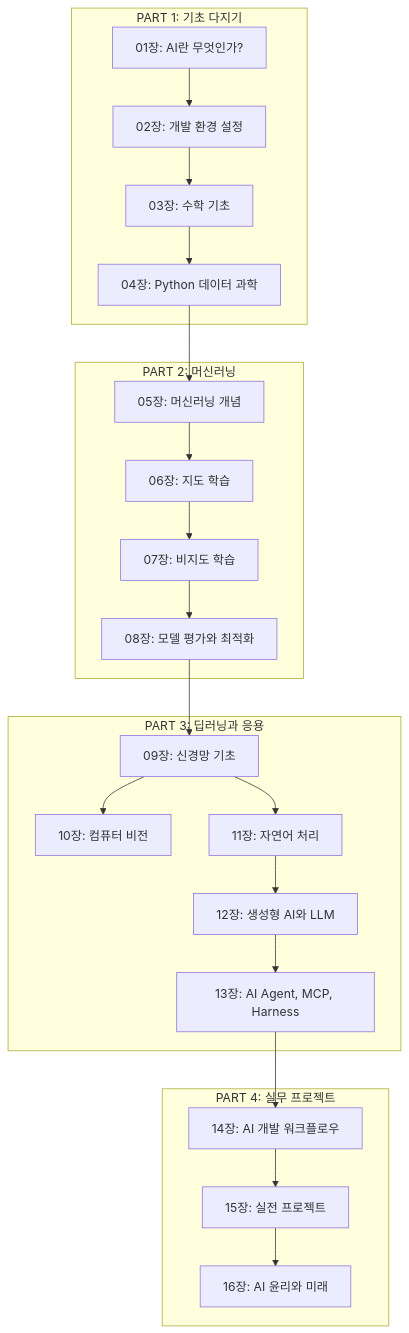
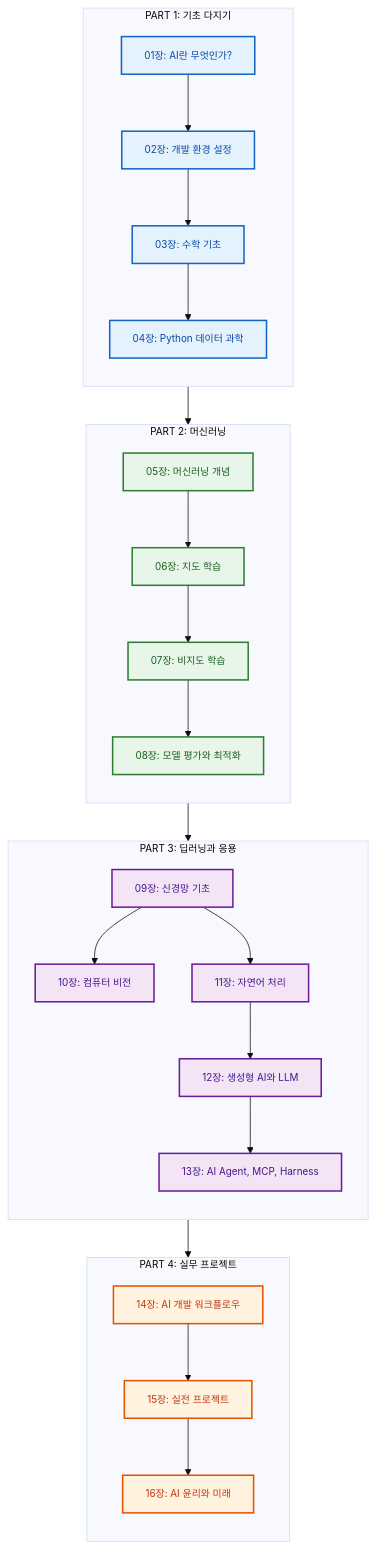
One commit to jingu279/Document changed the second of 19 diagrams in ai-programming/README.md. Above: the diagram before and after it, drawn with Mermaid. The commit also changed other lines of this file, not shown here.

First line of the commit message:
README Mermaid 다이어그램 스타일링 개선

````diff
--- a/ai-programming/README.md
+++ b/ai-programming/README.md
@@ -47,36 +55,50 @@
 ```mermaid
+%%{init: {'theme': 'base', 'themeVariables': {'fontSize': '13px'}}}%%
 flowchart TB
   subgraph Part1[PART 1: 기초 다지기]
+    direction TB
     Ch01["01장: AI란 무엇인가?"]
     Ch02["02장: 개발 환경 설정"]
     Ch03["03장: 수학 기초"]
     Ch04["04장: Python 데이터 과학"]
   end
 
   subgraph Part2[PART 2: 머신러닝]
+    direction TB
     Ch05["05장: 머신러닝 개념"]
     Ch06["06장: 지도 학습"]
     Ch07["07장: 비지도 학습"]
     Ch08["08장: 모델 평가와 최적화"]
   end
 
   subgraph Part3[PART 3: 딥러닝과 응용]
+    direction TB
     Ch09["09장: 신경망 기초"]
     Ch10["10장: 컴퓨터 비전"]
     Ch11["11장: 자연어 처리"]
     Ch12["12장: 생성형 AI와 LLM"]
     Ch13["13장: AI Agent, MCP, Harness"]
   end
 
   subgraph Part4[PART 4: 실무 프로젝트]
+    direction TB
     Ch14["14장: AI 개발 워크플로우"]
     Ch15["15장: 실전 프로젝트"]
     Ch16["16장: AI 윤리와 미래"]
   end
 
   Ch01 --> Ch02 --> Ch03 --> Ch04
   Ch04 --> Ch05 --> Ch06 --> Ch07 --> Ch08
   Ch08 --> Ch09 --> Ch10
   Ch09 --> Ch11 --> Ch12
   Ch12 --> Ch13 --> Ch14 --> Ch15 --> Ch16
+
+  classDef p1 fill:#e3f2fd,stroke:#1565c0,stroke-width:2px,color:#0d47a1
+  classDef p2 fill:#e8f5e9,stroke:#2e7d32,stroke-width:2px,color:#1b5e20
+  classDef p3 fill:#f3e5f5,stroke:#6a1b9a,stroke-width:2px,color:#4a148c
+  classDef p4 fill:#fff3e0,stroke:#e65100,stroke-width:2px,color:#bf360c
+  class Ch01,Ch02,Ch03,Ch04 p1
+  class Ch05,Ch06,Ch07,Ch08 p2
+  class Ch09,Ch10,Ch11,Ch12,Ch13 p3
+  class Ch14,Ch15,Ch16 p4
 ```
````
